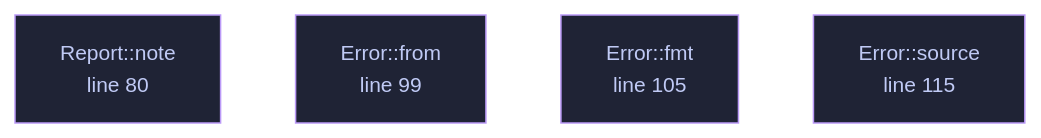
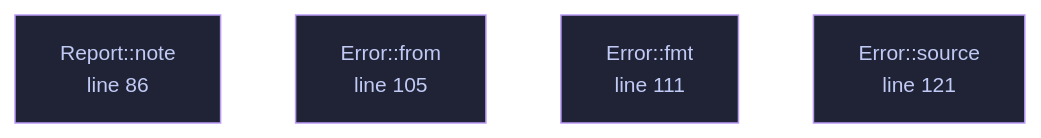
The diagram in docs/files/veilvoice-meta/lib.md (tilas01/veilvoice), drawn with Mermaid before and after one commit. The commit also changed other lines of this file and 130 other files, not shown here.

````diff
--- a/docs/files/veilvoice-meta/lib.md
+++ b/docs/files/veilvoice-meta/lib.md
@@ -95,14 +95,14 @@
 ```mermaid
 %%{init: {"theme":"base","themeVariables":{"background":"#1a1b26","primaryColor":"#1f2335","primaryTextColor":"#c0caf5","primaryBorderColor":"#7aa2f7","secondaryColor":"#16161e","tertiaryColor":"#16161e","lineColor":"#737aa2","textColor":"#c0caf5","mainBkg":"#1f2335","nodeBorder":"#7aa2f7","clusterBkg":"#16161e","clusterBorder":"#2f3549","fontFamily":"ui-monospace, SFMono-Regular, Consolas, monospace","fontSize":"14px"}}}%%
 flowchart TD
-    n_note["Report::note<br/>line 80"]
-    n_from["Error::from<br/>line 99"]
-    n_fmt["Error::fmt<br/>line 105"]
-    n_source["Error::source<br/>line 115"]
-    click n_note href "https://github.com/tilas01/veilvoice/blob/main/crates/veilvoice-meta/src/lib.rs#L80" "open the source"
-    click n_from href "https://github.com/tilas01/veilvoice/blob/main/crates/veilvoice-meta/src/lib.rs#L99" "open the source"
-    click n_fmt href "https://github.com/tilas01/veilvoice/blob/main/crates/veilvoice-meta/src/lib.rs#L105" "open the source"
-    click n_source href "https://github.com/tilas01/veilvoice/blob/main/crates/veilvoice-meta/src/lib.rs#L115" "open the source"
+    n_note["Report::note<br/>line 86"]
+    n_from["Error::from<br/>line 105"]
+    n_fmt["Error::fmt<br/>line 111"]
+    n_source["Error::source<br/>line 121"]
+    click n_note href "https://github.com/tilas01/veilvoice/blob/main/crates/veilvoice-meta/src/lib.rs#L86" "open the source"
+    click n_from href "https://github.com/tilas01/veilvoice/blob/main/crates/veilvoice-meta/src/lib.rs#L105" "open the source"
+    click n_fmt href "https://github.com/tilas01/veilvoice/blob/main/crates/veilvoice-meta/src/lib.rs#L111" "open the source"
+    click n_source href "https://github.com/tilas01/veilvoice/blob/main/crates/veilvoice-meta/src/lib.rs#L121" "open the source"
     classDef helper fill:#1f2335,stroke:#bb9af7,color:#c0caf5
     class n_note,n_from,n_fmt,n_source helper
 ```
````
